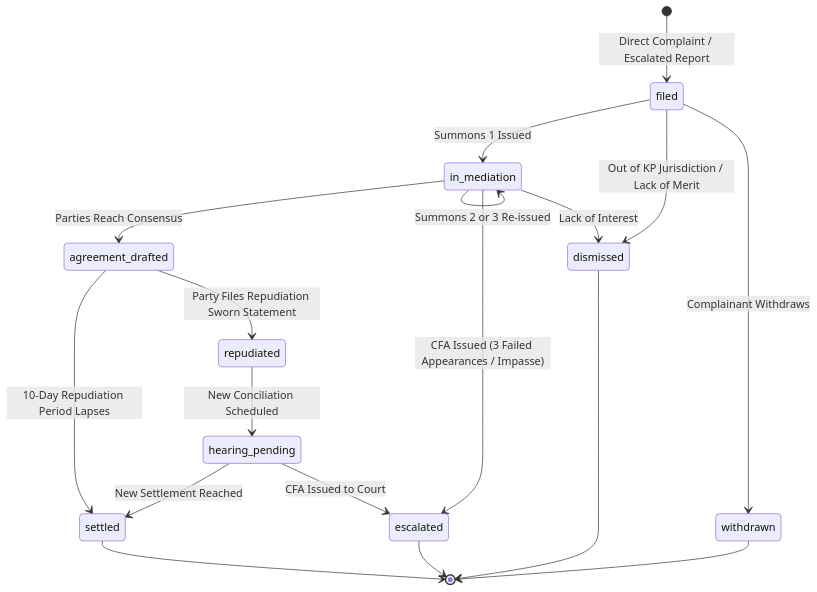
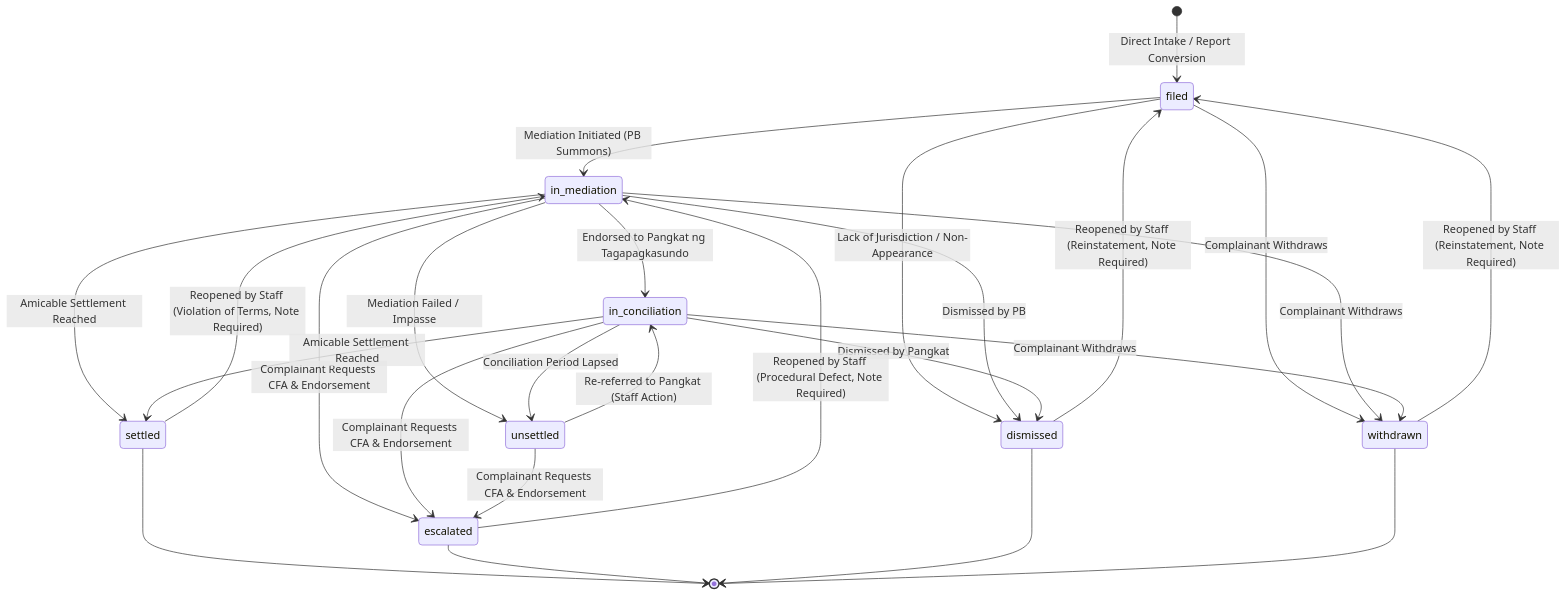
Before and after one commit to GraziellaMS21/Barangay-Reporting-System: the second of 3 diagrams in docs/WORKFLOW.md, drawn with Mermaid. The commit also changed other lines of this file, not shown here.

````diff
--- a/docs/WORKFLOW.md
+++ b/docs/WORKFLOW.md
@@ -173,25 +180,34 @@
 ```mermaid
 stateDiagram-v2
-    [*] --> filed: Direct Complaint / Escalated Report
+    [*] --> filed: Direct Intake / Report Conversion
     
-    filed --> in_mediation: Summons 1 Issued
-    filed --> dismissed: Out of KP Jurisdiction / Lack of Merit
+    filed --> in_mediation: Mediation Initiated (PB Summons)
+    filed --> dismissed: Lack of Jurisdiction / Non-Appearance
     filed --> withdrawn: Complainant Withdraws
     
-    in_mediation --> agreement_drafted: Parties Reach Consensus
-    in_mediation --> in_mediation: Summons 2 or 3 Re-issued
-    in_mediation --> escalated: CFA Issued (3 Failed Appearances / Impasse)
-    in_mediation --> dismissed: Lack of Interest
+    in_mediation --> in_conciliation: Endorsed to Pangkat ng Tagapagkasundo
+    in_mediation --> settled: Amicable Settlement Reached
+    in_mediation --> unsettled: Mediation Failed / Impasse
+    in_mediation --> escalated: Complainant Requests CFA & Endorsement
+    in_mediation --> dismissed: Dismissed by PB
+    in_mediation --> withdrawn: Complainant Withdraws
     
-    agreement_drafted --> settled: 10-Day Repudiation Period Lapses
-    agreement_drafted --> repudiated: Party Files Repudiation Sworn Statement
+    in_conciliation --> settled: Amicable Settlement Reached
+    in_conciliation --> unsettled: Conciliation Period Lapsed
+    in_conciliation --> escalated: Complainant Requests CFA & Endorsement
+    in_conciliation --> dismissed: Dismissed by Pangkat
+    in_conciliation --> withdrawn: Complainant Withdraws
     
-    repudiated --> hearing_pending: New Conciliation Scheduled
-    hearing_pending --> settled: New Settlement Reached
-    hearing_pending --> escalated: CFA Issued to Court
+    unsettled --> escalated: Complainant Requests CFA & Endorsement
+    unsettled --> in_conciliation: Re-referred to Pangkat (Staff Action)
+    
+    settled --> in_mediation: Reopened by Staff (Violation of Terms, Note Required)
+    escalated --> in_mediation: Reopened by Staff (Procedural Defect, Note Required)
+    dismissed --> filed: Reopened by Staff (Reinstatement, Note Required)
+    withdrawn --> filed: Reopened by Staff (Reinstatement, Note Required)
     
     settled --> [*]
     escalated --> [*]
     dismissed --> [*]
     withdrawn --> [*]
 ```
````
